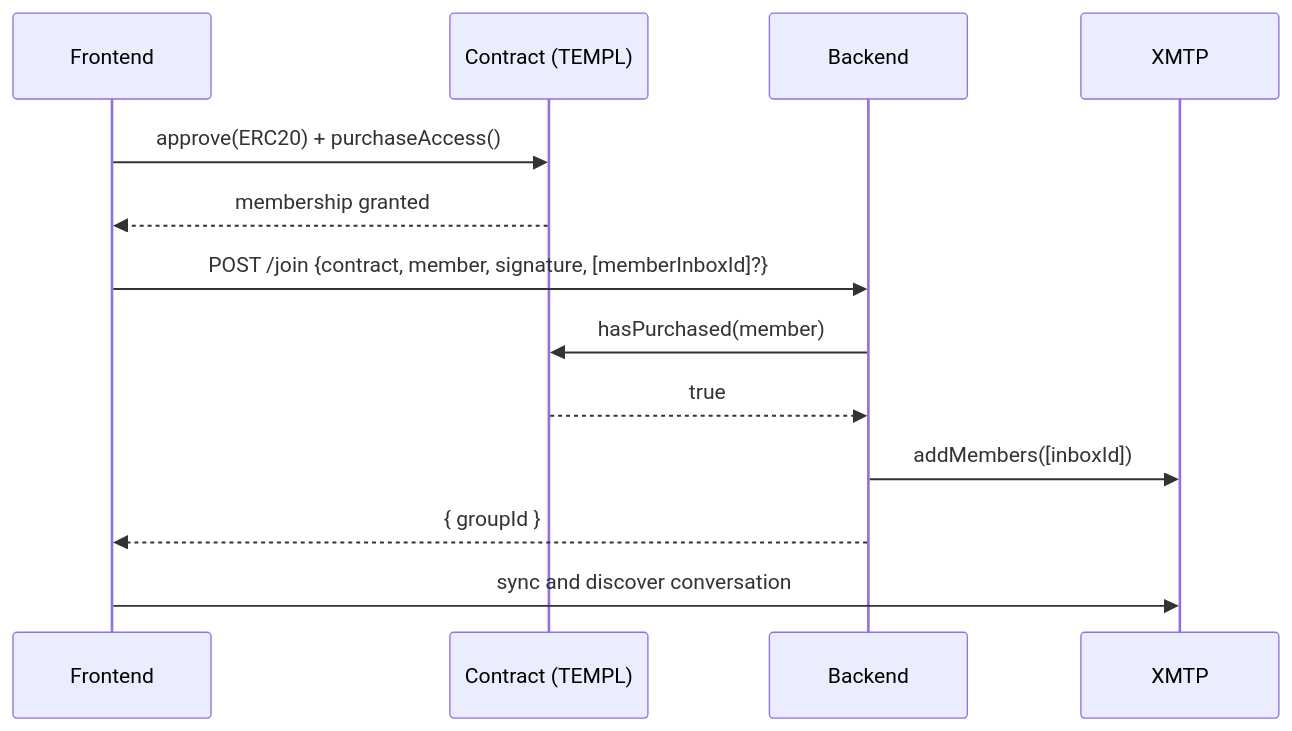
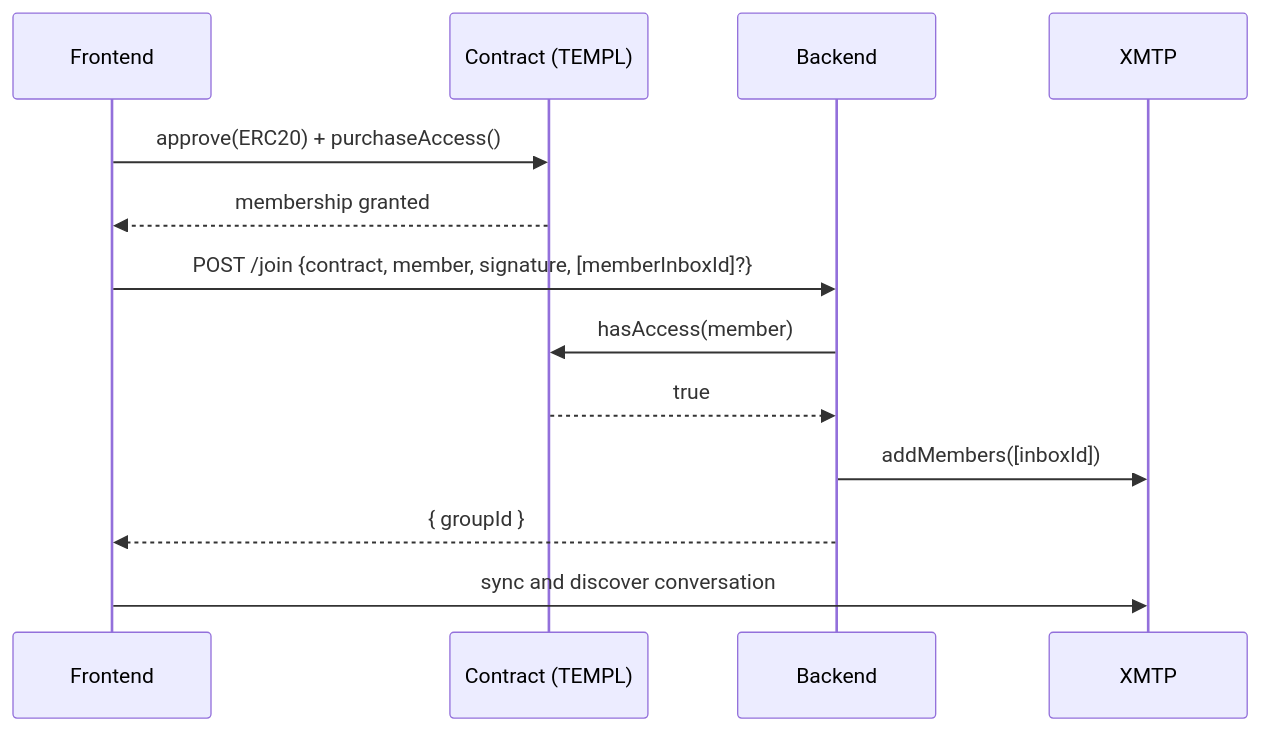
One commit to templ-fun/templ-evm-protocol changed the third of 12 diagrams in CORE_FLOW_DOCS.MD. Above: the diagram before and after it, drawn with Mermaid. The commit also changed 10 other files, not shown here.

````diff
--- a/CORE_FLOW_DOCS.MD
+++ b/CORE_FLOW_DOCS.MD
@@ -40,15 +40,15 @@
 ```mermaid
 sequenceDiagram
     participant F as Frontend
     participant C as Contract (TEMPL)
     participant B as Backend
     participant X as XMTP
     F->>C: approve(ERC20) + purchaseAccess()
     C-->>F: membership granted
     F->>B: POST /join {contract, member, signature, [memberInboxId]?}
-    B->>C: hasPurchased(member)
+    B->>C: hasAccess(member)
     C-->>B: true
     B->>X: addMembers([inboxId])
     B-->>F: { groupId }
     F->>X: sync and discover conversation
 ```
````
